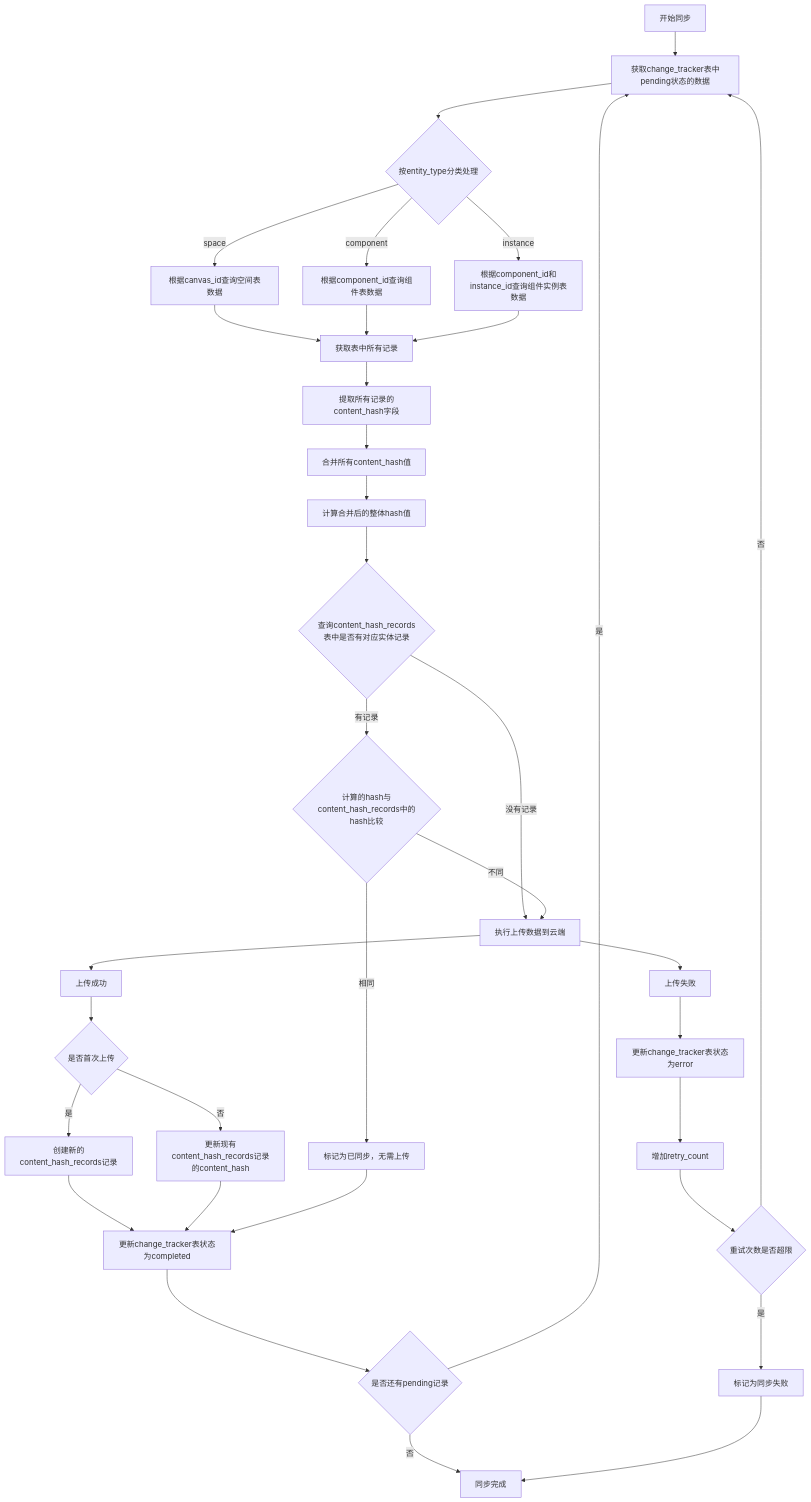
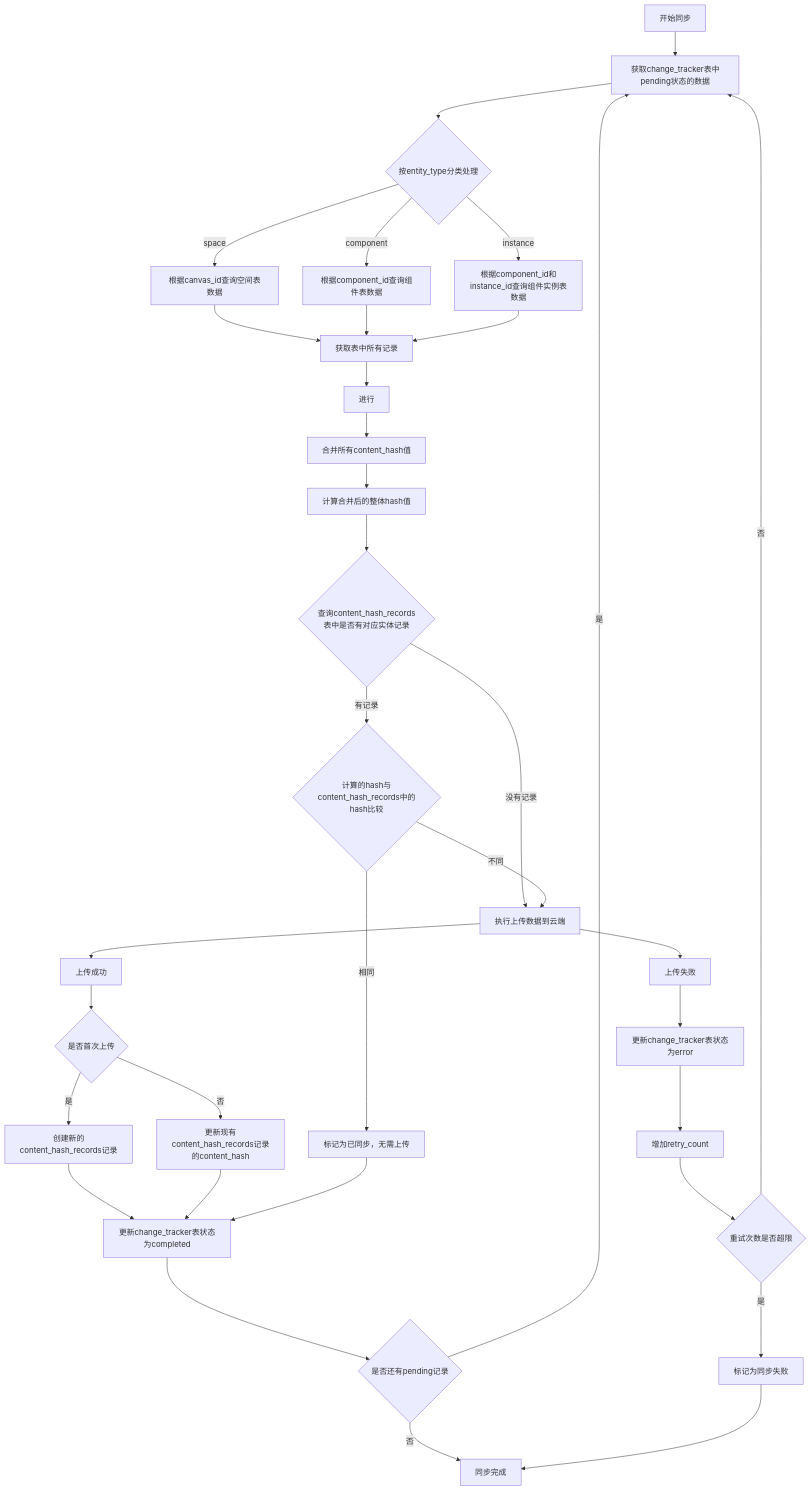
The diagram in all/未命名-43.md (yingjianzh/iodraw-files), drawn with Mermaid before and after one commit.

Commit message:
2025-04-25 18:29:00 update

````diff
--- a/all/未命名-43.md
+++ b/all/未命名-43.md
@@ -1,46 +1,46 @@
 ```mermaid
 flowchart TD
     A[开始同步] --> B[获取change_tracker表中pending状态的数据]
     B --> C{按entity_type分类处理}
     
     C -->|space| D1[根据canvas_id查询空间表数据]
     C -->|component| D2[根据component_id查询组件表数据]
     C -->|instance| D3[根据component_id和instance_id查询组件实例表数据]
     
     D1 --> E1[获取表中所有记录]
     D2 --> E1
     D3 --> E1
     
-    E1 --> E2[提取所有记录的content_hash字段]
+    E1 --> E2[进行]
     E2 --> E3[合并所有content_hash值]
     E3 --> E4[计算合并后的整体hash值]
     
     E4 --> I1{查询content_hash_records表中是否有对应实体记录}
     I1 -->|没有记录| K[执行上传数据到云端]
     I1 -->|有记录| I2{计算的hash与content_hash_records中的hash比较}
     I2 -->|相同| J[标记为已同步，无需上传]
     I2 -->|不同| K
     
     K --> L[上传成功]
     L --> M1{是否首次上传}
     M1 -->|是| M2[创建新的content_hash_records记录]
     M1 -->|否| M3[更新现有content_hash_records记录的content_hash]
     
     M2 --> N[更新change_tracker表状态为completed]
     M3 --> N
     
     J --> N
     
     N --> O{是否还有pending记录}
     O -->|是| B
     O -->|否| P[同步完成]
     
     K --> Q[上传失败]
     Q --> R[更新change_tracker表状态为error]
     R --> S[增加retry_count]
     S --> T{重试次数是否超限}
     T -->|是| U[标记为同步失败]
     T -->|否| B
     
     U --> P
 ```
````
